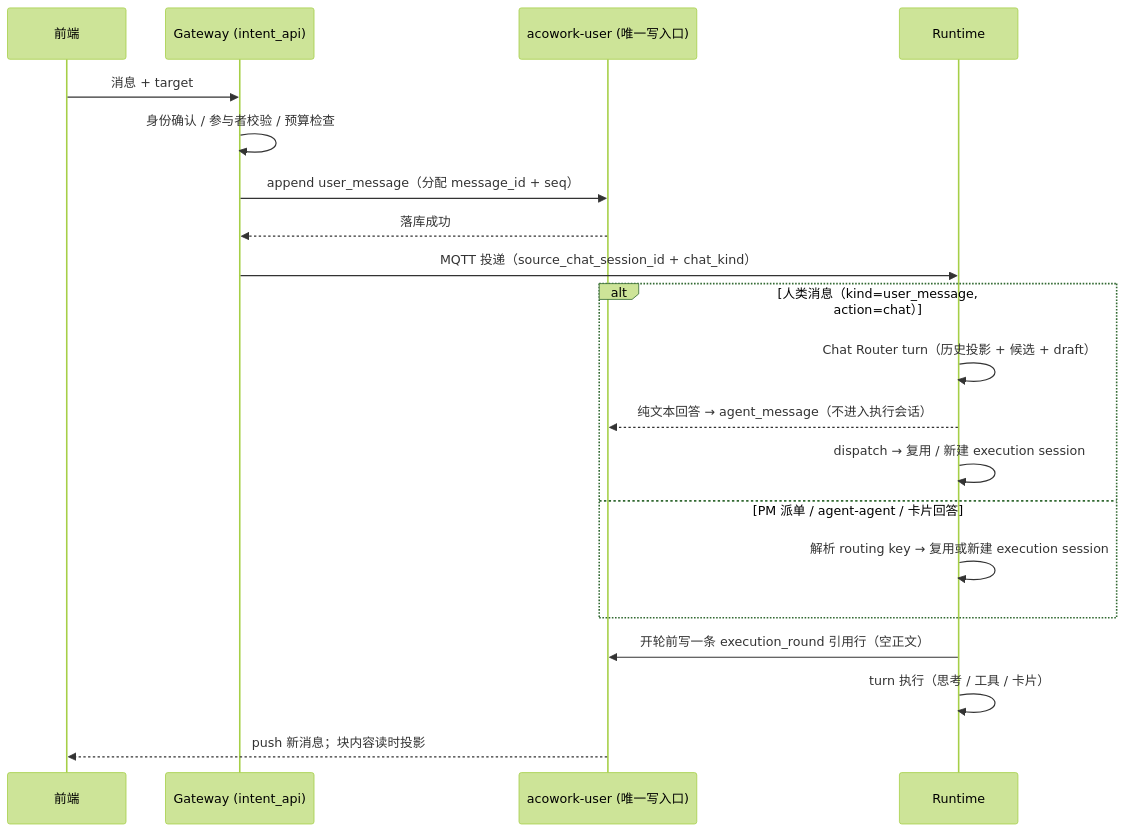
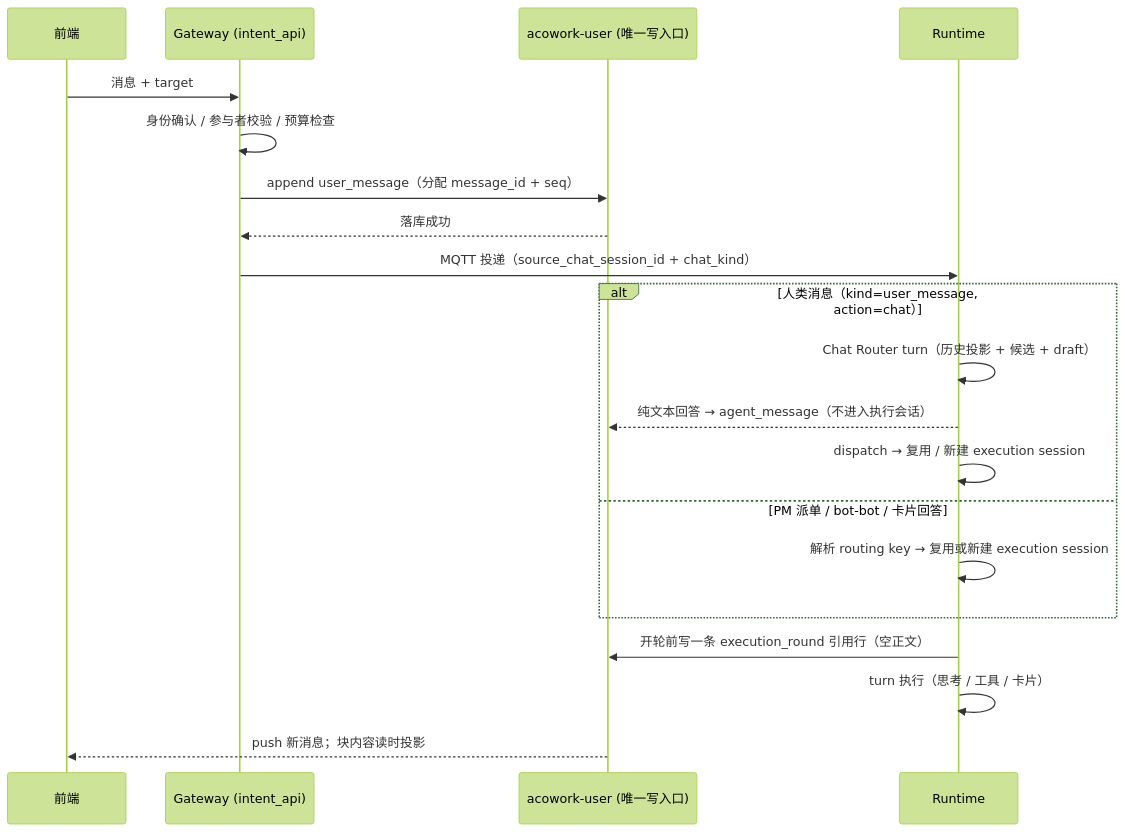
Before and after one commit to acowork/acowork: the fifth of 10 diagrams in docs/design/zh/27-intent-messaging-and-group-chat.md, drawn with Mermaid (forest theme). The commit also changed other lines of this file and 34 other files, not shown here.

````diff
--- a/docs/design/zh/27-intent-messaging-and-group-chat.md
+++ b/docs/design/zh/27-intent-messaging-and-group-chat.md
@@ -537,22 +537,22 @@
 ```mermaid
 sequenceDiagram
     participant FE as 前端
     participant GW as Gateway (intent_api)
     participant CU as acowork-user (唯一写入口)
     participant RT as Runtime
     FE->>GW: 消息 + target
     GW->>GW: 身份确认 / 参与者校验 / 预算检查
     GW->>CU: append user_message（分配 message_id + seq）
     CU-->>GW: 落库成功
     GW->>RT: MQTT 投递（source_chat_session_id + chat_kind）
     alt 人类消息（kind=user_message, action=chat）
         RT->>RT: Chat Router turn（历史投影 + 候选 + draft）
         RT-->>CU: 纯文本回答 → agent_message（不进入执行会话）
         RT->>RT: dispatch → 复用 / 新建 execution session
-    else PM 派单 / agent-agent / 卡片回答
+    else PM 派单 / bot-bot / 卡片回答
         RT->>RT: 解析 routing key → 复用或新建 execution session
     end
     RT->>CU: 开轮前写一条 execution_round 引用行（空正文）
     RT->>RT: turn 执行（思考 / 工具 / 卡片）
     CU-->>FE: push 新消息；块内容读时投影
 ```
````
